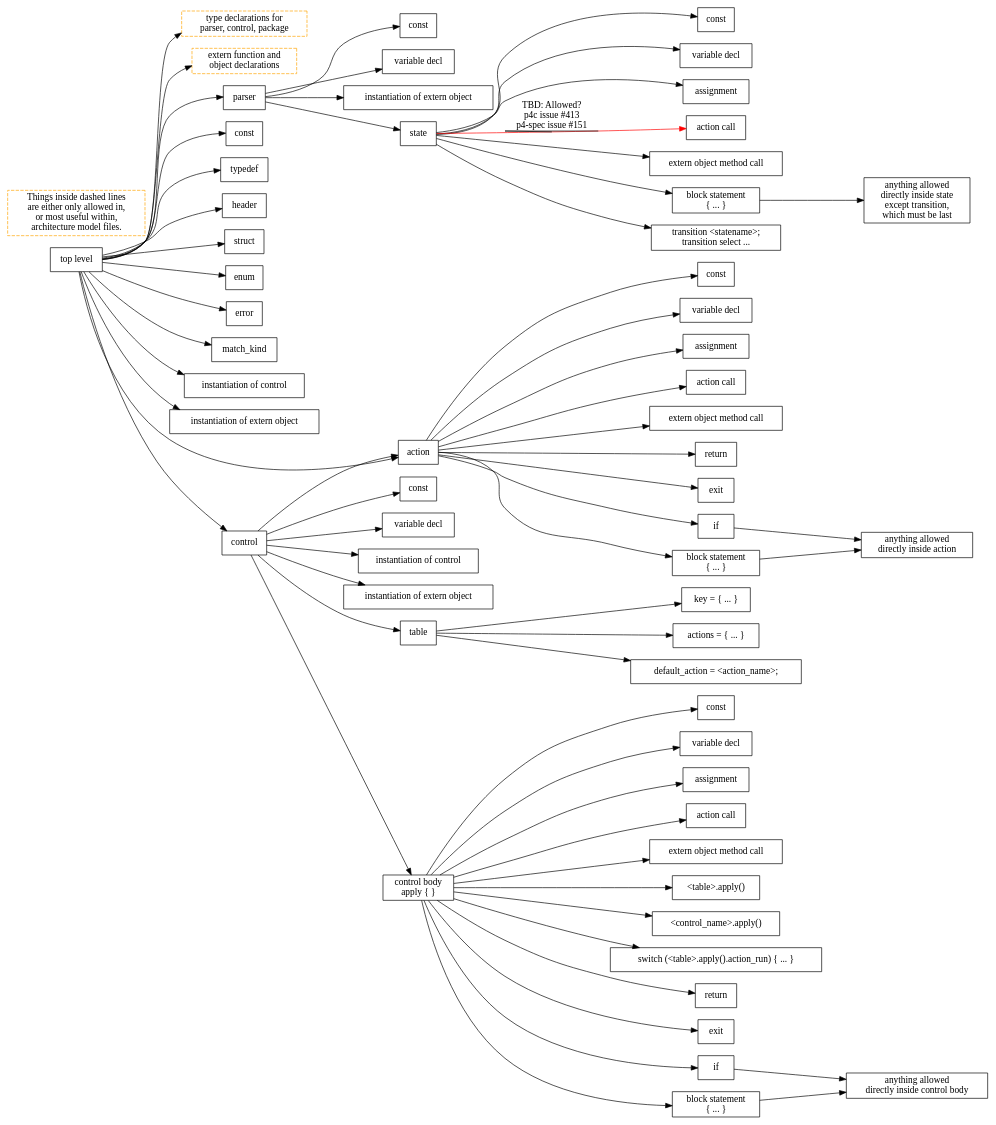
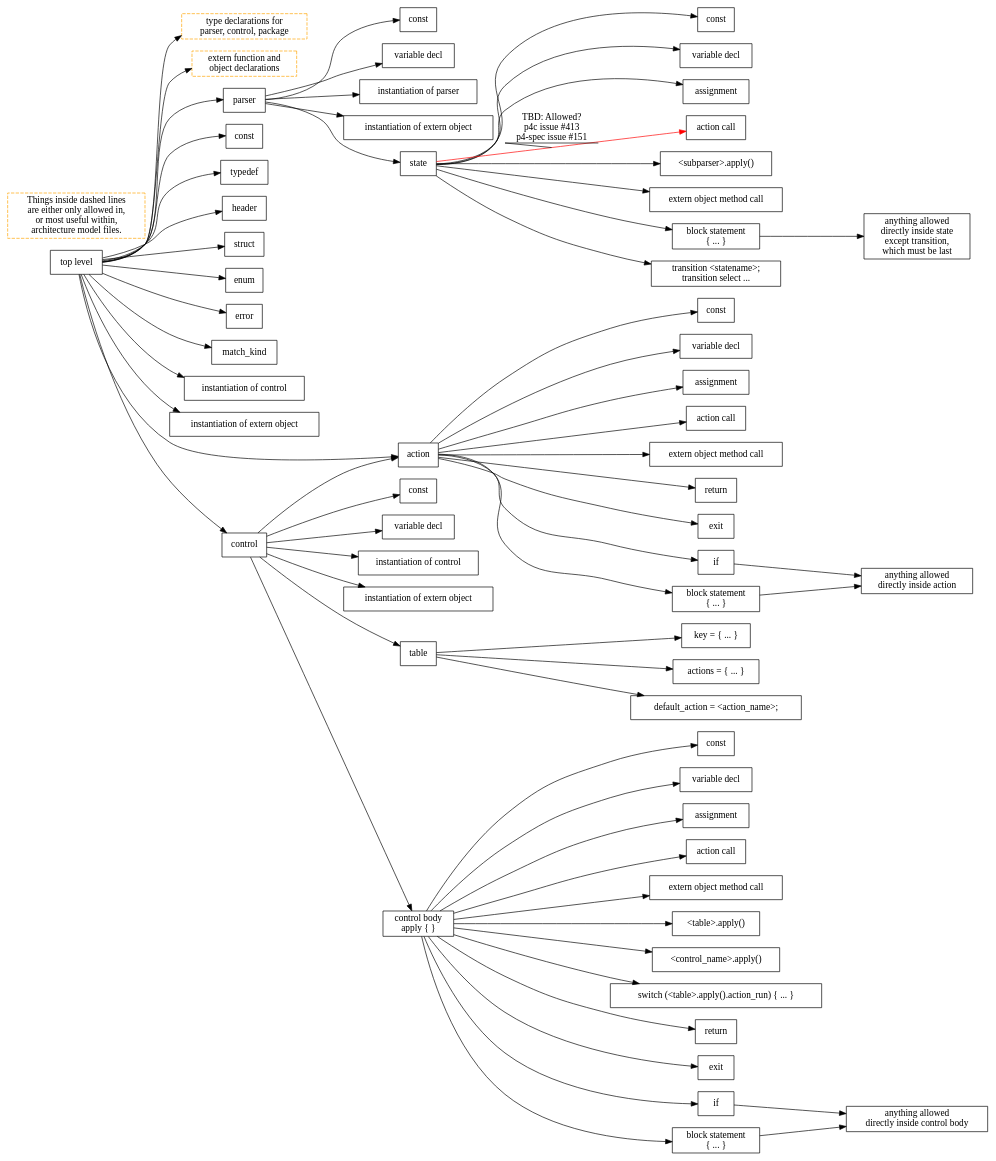
One commit to jafingerhut/p4-guide changed the diagram in p4-16-allowed-constructs.dot. Above: the diagram before and after it, drawn with Graphviz. The commit also changed 3 other files, not shown here.

Commit message:
Add places where parser instantiations and apply() calls are allowed

```diff
--- a/p4-16-allowed-constructs.dot
+++ b/p4-16-allowed-constructs.dot
@@ -1,164 +1,168 @@
 digraph p4_16_allowed_construct_nesting {
 
     node [shape=box];
     rankdir=LR;
     
     toplevel [label="top level"];
     legend_bold_orange_box [label="Things inside dashed lines\nare either only allowed in,\nor most useful within,\narchitecture model files." style=dashed color=orange];
 
     toplevel -> typeDeclaration;
     typeDeclaration [label="type declarations for\nparser, control, package" style=dashed color=orange];
     toplevel -> externDeclaration;
     externDeclaration [label="extern function and\n object declarations" style=dashed color=orange];
     toplevel -> parserDeclaration;
     parserDeclaration [label="parser"];
     toplevel -> constantDeclaration1;
     constantDeclaration1 [label="const"];
     toplevel -> typedefDeclaration;
     typedefDeclaration [label="typedef"];
     toplevel -> headerTypeDeclaration;
     headerTypeDeclaration [label="header"];
     toplevel -> structTypeDeclaration;
     structTypeDeclaration [label="struct"];
     toplevel -> enumDeclaration;
     enumDeclaration [label="enum"];
     toplevel -> errorDeclaration;
     errorDeclaration [label="error"];
     toplevel -> matchKindDeclaration;
     matchKindDeclaration [label="match_kind"];
     toplevel -> controlInstantiation;
     controlInstantiation [label="instantiation of control"];
     toplevel -> externObjectInstantiation;
     externObjectInstantiation [label="instantiation of extern object"];
     toplevel -> actionDeclaration;
     actionDeclaration [label="action"];
     toplevel -> controlDeclaration;
     controlDeclaration [label="control"];
 
     // this is 'parser <name> (<parameters>) { ... }'
     parserDeclaration -> constantDeclaration2;
     constantDeclaration2 [label="const"];
     parserDeclaration -> variableDeclaration2;
     variableDeclaration2 [label="variable decl"];
+    parserDeclaration -> parserInstantiation2;
+    parserInstantiation2 [label="instantiation of parser"];
     parserDeclaration -> externObjectInstantiation2;
     externObjectInstantiation2 [label="instantiation of extern object"];
     parserDeclaration -> parserState;
 
     parserState [label="state"];
     parserState -> constantDeclaration3;
     constantDeclaration3 [label="const"];
     parserState -> variableDeclaration3;
     variableDeclaration3 [label="variable decl"];
     parserState -> assignmentStatement3;
     assignmentStatement3 [label="assignment"];
     parserState -> actionCallStatement3 [color=red label="TBD: Allowed?\np4c issue #413\np4-spec issue #151" decorate=True];
     actionCallStatement3 [label="action call"];
+    parserState -> parserApplyCallStatement3;
+    parserApplyCallStatement3 [label="<subparser>.apply()"];
     parserState -> externObjectMethodCallStatement3;
     externObjectMethodCallStatement3 [label="extern object method call"];
     parserState -> blockStatement3;
     blockStatement3 [label="block statement\n{ ... }"];
     blockStatement3 -> blockStatementInParserState;
     blockStatementInParserState [label="anything allowed\ndirectly inside state\nexcept transition,\nwhich must be last"];
     parserState -> transitionStatement;
     transitionStatement [label="transition <statename>;\ntransition select ..."];
 
     controlDeclaration -> constantDeclaration4;
     constantDeclaration4 [label="const"];
     controlDeclaration -> variableDeclaration4;
     variableDeclaration4 [label="variable decl"];
     controlDeclaration -> controlInstantiation4;
     controlInstantiation4 [label="instantiation of control"];
     controlDeclaration -> externObjectInstantiation4;
     externObjectInstantiation4 [label="instantiation of extern object"];
     controlDeclaration -> actionDeclaration;
     controlDeclaration -> tableDeclaration;
     controlDeclaration -> controlBody;
     controlBody [label="control body\napply { }"];
 
     tableDeclaration [label="table"];
     tableDeclaration -> tablePropertyKey;
     tablePropertyKey [label="key = { ... }"];
     tableDeclaration -> tablePropertyActions;
     tablePropertyActions [label="actions = { ... }"];
     tableDeclaration -> tablePropertyDefaultAction;
     tablePropertyDefaultAction [label="default_action = <action_name>;"];
 
     actionDeclaration -> constantDeclaration5;
     constantDeclaration5 [label="const"];
     actionDeclaration -> variableDeclaration5;
     variableDeclaration5 [label="variable decl"];
     actionDeclaration -> assignmentStatement5;
     assignmentStatement5 [label="assignment"];
     actionDeclaration -> actionCallStatement5;
     actionCallStatement5 [label="action call"];
     actionDeclaration -> externObjectMethodCallStatement5;
     externObjectMethodCallStatement5 [label="extern object method call"];
     actionDeclaration -> returnStatement5;
     returnStatement5 [label="return"];
     actionDeclaration -> exitStatement5;
     exitStatement5 [label="exit"];
     actionDeclaration -> conditionalStatement5;
     conditionalStatement5 [label="if"];
     conditionalStatement5 -> blockStatementInActionDeclaration;
     actionDeclaration -> blockStatement5;
     blockStatement5 [label="block statement\n{ ... }"];
     blockStatement5 -> blockStatementInActionDeclaration;
     blockStatementInActionDeclaration [label="anything allowed\ndirectly inside action"];
 
     // I am making up actionCallStatement.  It might most closely
     // correspond in P4_16 grammar to assignmentOrMethodCallStatement.
     //actionCallStatement
 
     controlBody -> constantDeclaration6;
     constantDeclaration6 [label="const"];
     controlBody -> variableDeclaration6;
     variableDeclaration6 [label="variable decl"];
     controlBody -> assignmentStatement6;
     assignmentStatement6 [label="assignment"];
     controlBody -> actionCallStatement6;
     actionCallStatement6 [label="action call"];
     controlBody -> externObjectMethodCallStatement6;
     externObjectMethodCallStatement6 [label="extern object method call"];
     controlBody -> tableApplyCall6;
     tableApplyCall6 [label="<table>.apply()"];
     controlBody -> controlCallStatement6;
     controlCallStatement6 [label="<control_name>.apply()"];
     controlBody -> switchStatement6;
     switchStatement6 [label="switch (<table>.apply().action_run) { ... }"];
     controlBody -> returnStatement6;
     returnStatement6 [label="return"];
     controlBody -> exitStatement6;
     exitStatement6 [label="exit"];
     controlBody -> conditionalStatement6;
     conditionalStatement6 [label="if"];
     conditionalStatement6 -> blockStatementInControlBody;
     controlBody -> blockStatement6;
     blockStatement6 [label="block statement\n{ ... }"];
     blockStatement6 -> blockStatementInControlBody;
     blockStatementInControlBody [label="anything allowed\ndirectly inside control body"];
 
 //    blockStatement [label="block statement\n{ ... }"];
 //    blockStatement -> constantDeclaration7;
 //    constantDeclaration7 [label="const"];
 //    blockStatement -> variableDeclaration7;
 //    variableDeclaration7 [label="variable decl"];
 //    blockStatement -> actionCallStatement7;
 //    actionCallStatement7 [label="action call"];
 //    blockStatement -> assignmentStatement7;
 //    assignmentStatement7 [label="assignment"];
 //    blockStatement -> blockStatement;
 //    blockStatement -> conditionalStatement7 [label="unless block is\ninside state" decorate=True];
 //    conditionalStatement7 [label="if"];
 //    conditionalStatement7 -> conditionalStatement7;
 //    blockStatement -> returnStatement7 [label="unless block is\ninside state" decorate=True];
 //    returnStatement7 [label="return"];
 //    blockStatement -> exitStatement7 [label="unless block is\ninside state" decorate=True];
 //    exitStatement7 [label="exit"];
 //    blockStatement -> tableApplyCall7 [label="only in\ncontrol body\n'apply'" decorate=True];
 //    tableApplyCall7 [label="<table>.apply()"];
 //    blockStatement -> switchStatement7 [label="only in\ncontrol body\n'apply'" decorate=True];
 //    switchStatement7 [label="switch (<table>.apply().action_run) { ... }"];
 
 //    conditionalStatement [label="if"];
 //    conditionalStatement -> conditionalStatement;
 }
```
